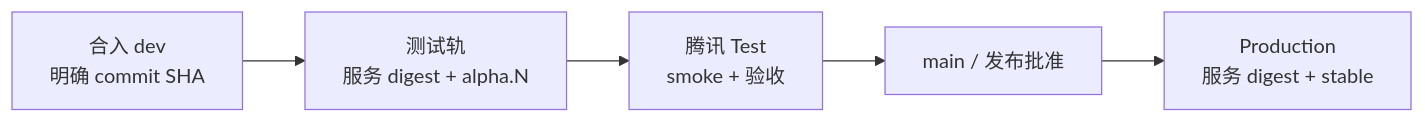
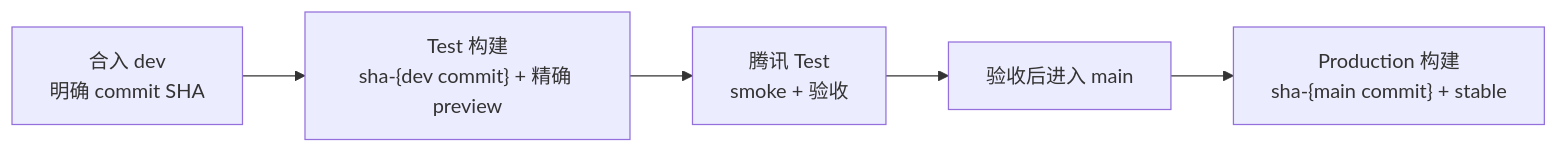
One commit to LRM-Teams/multica changed the fifth of 5 diagrams in docs/computer-v1-global-view.md. Above: the diagram before and after it, drawn with Mermaid. The commit also changed other lines of this file, not shown here.

````diff
--- a/docs/computer-v1-global-view.md
+++ b/docs/computer-v1-global-view.md
@@ -255,10 +255,10 @@
 ```mermaid
 flowchart LR
   D["合入 dev<br/>明确 commit SHA"]
-  T["测试轨<br/>服务 digest + alpha.N"]
+  T["Test 构建<br/>sha-{dev commit} + 精确 preview"]
   Q["腾讯 Test<br/>smoke + 验收"]
-  M["main / 发布批准"]
-  P["Production<br/>服务 digest + stable"]
+  M["验收后进入 main"]
+  P["Production 构建<br/>sha-{main commit} + stable"]
 
   D --> T --> Q --> M --> P
 ```
````
